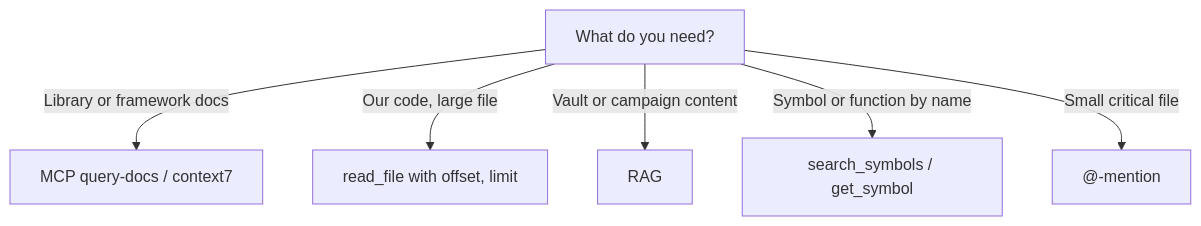
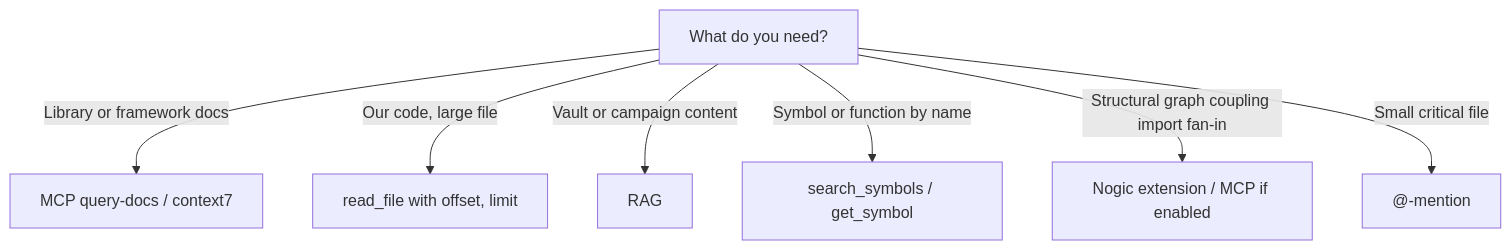
One commit to ManintheCrowds/OpenHarness changed the diagram in docs/CONTEXT_ENGINEERING.md. Above: the diagram before and after it, drawn with Mermaid. The commit also changed other lines of this file and 35 other files, not shown here.

````diff
--- a/docs/CONTEXT_ENGINEERING.md
+++ b/docs/CONTEXT_ENGINEERING.md
@@ -33,9 +33,10 @@
 ```mermaid
 flowchart TD
     Need[What do you need?]
     Need -->|Library or framework docs| MCP[MCP query-docs / context7]
     Need -->|Our code, large file| Read[read_file with offset, limit]
     Need -->|Vault or campaign content| RAG[RAG]
     Need -->|Symbol or function by name| jCodeMunch[search_symbols / get_symbol]
+    Need -->|Structural graph coupling import fan-in| Nogic[Nogic extension / MCP if enabled]
     Need -->|Small critical file| Mention["@-mention"]
 ```
````
